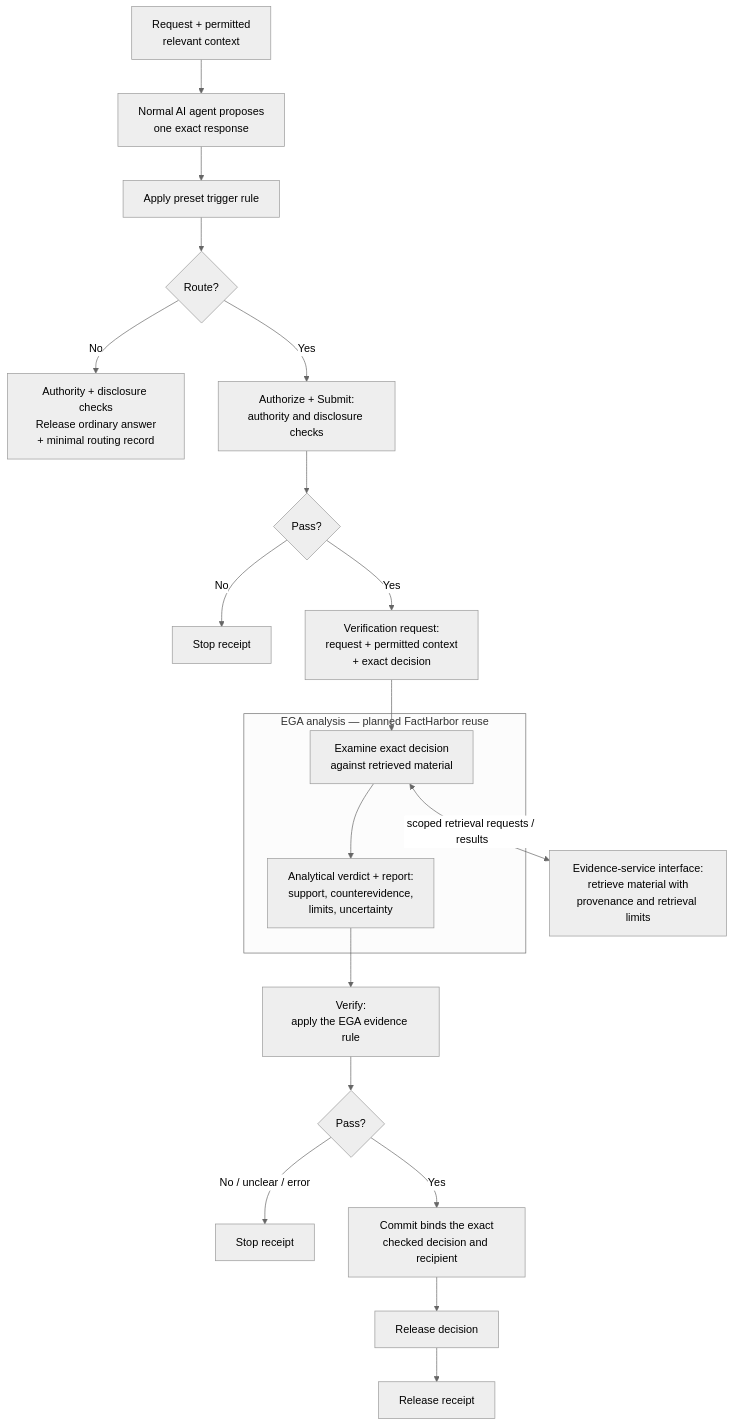
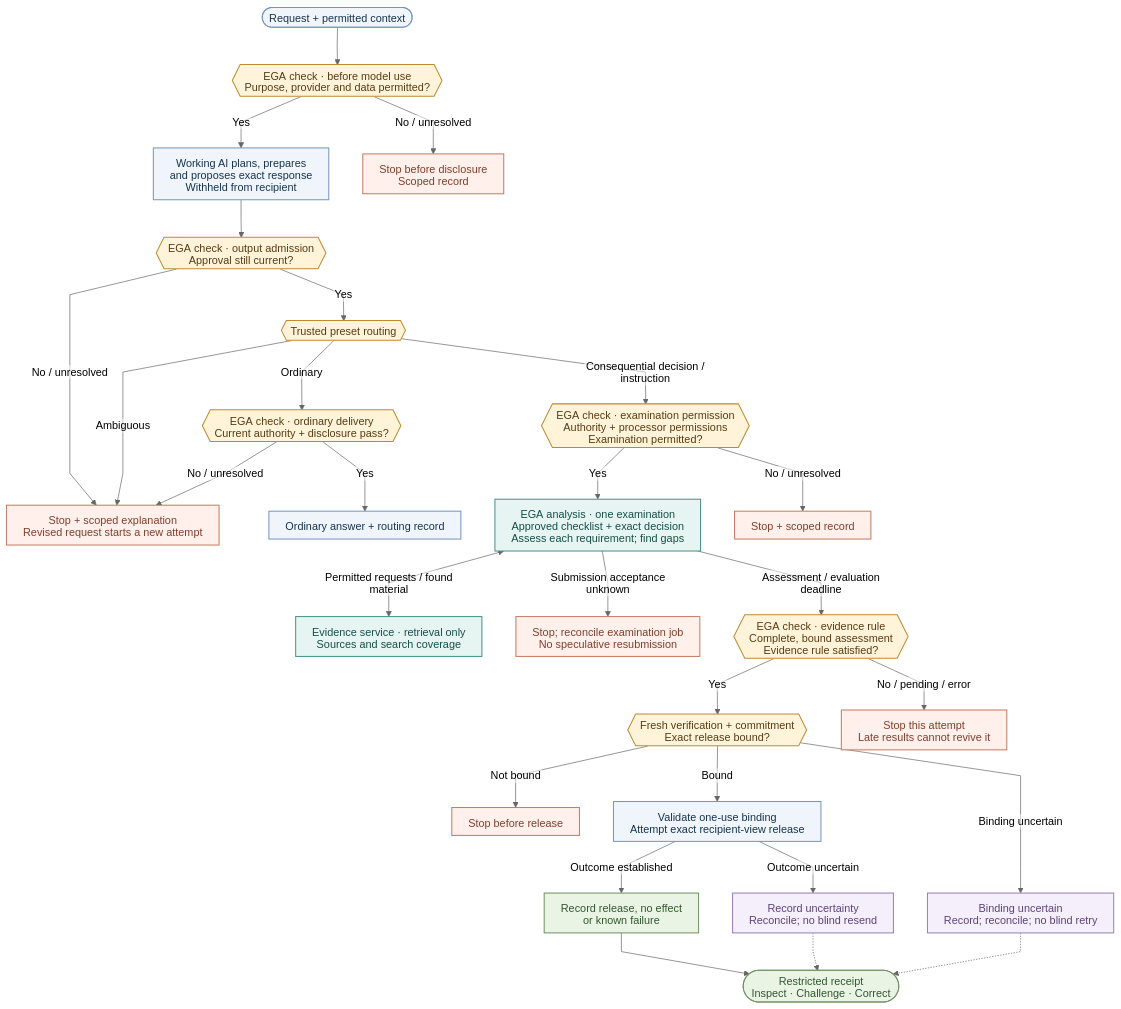
One commit to robertschaub/our-ai-charter changed the second of 2 diagrams in docs/Assurance/Concepts/evidence-gated-agents.md. Above: the diagram before and after it, drawn with Mermaid (neutral theme). The commit also changed other lines of this file and 13 other files, not shown here.

Commit message:
docs(ega): align recurring checks and republish article

````diff
--- a/docs/Assurance/Concepts/evidence-gated-agents.md
+++ b/docs/Assurance/Concepts/evidence-gated-agents.md
@@ -155,23 +179,42 @@
 ```mermaid
+%%{init: {"flowchart": {"curve": "linear", "nodeSpacing": 50, "rankSpacing": 55, "padding": 12, "wrappingWidth": 285}, "htmlLabels": false}}%%
 flowchart TD
-    U["Request + permitted<br/>relevant context"] --> A["Normal AI agent proposes<br/>one exact response"]
-    A --> T["Apply preset trigger rule"]
-    T --> R{"Route?"}
-    R -->|No| OA["Authority + disclosure checks<br/>Release ordinary answer<br/>+ minimal routing record"]
-    R -->|Yes| PRE["Authorize + Submit:<br/>authority and disclosure checks"]
-    PRE --> P{"Pass?"}
-    P -->|No| N1["Stop receipt"]
-    P -->|Yes| Q["Verification request:<br/>request + permitted context<br/>+ exact decision"]
-    ES["Evidence-service interface:<br/>retrieve material with<br/>provenance and retrieval limits"]
-    subgraph EA["EGA analysis — planned FactHarbor reuse"]
-        F["Examine exact decision<br/>against retrieved material"] --> FR["Analytical verdict + report:<br/>support, counterevidence,<br/>limits, uncertainty"]
-    end
-    Q --> F
-    F <-->|scoped retrieval requests / results| ES
-    FR --> V["Verify:<br/>apply the EGA evidence rule"]
-    V --> D{"Pass?"}
-    D -->|No / unclear / error| N2["Stop receipt"]
-    D -->|Yes| C["Commit binds the exact<br/>checked decision and recipient"]
-    C --> O["Release decision"]
-    O --> RR["Release receipt"]
+    U(["Request + permitted context"]) --> IN{{"EGA check · before model use<br/>Purpose, provider and data permitted?"}}
+    IN -->|Yes| A["Working AI plans, prepares<br/>and proposes exact response<br/>Withheld from recipient"]
+    IN -->|No / unresolved| S1["Stop before disclosure<br/>Scoped record"]
+    A --> AD{{"EGA check · output admission<br/>Approval still current?"}}
+    AD -->|No / unresolved| S2["Stop + scoped explanation<br/>Revised request starts a new attempt"]
+    AD -->|Yes| T{{"Trusted preset routing"}}
+    T -->|Ambiguous| S2
+    T -->|Ordinary| OC{{"EGA check · ordinary delivery<br/>Current authority + disclosure pass?"}}
+    OC -->|Yes| O["Ordinary answer + routing record"]
+    OC -->|No / unresolved| S2
+    T -->|Consequential decision / instruction| PRE{{"EGA check · examination permission<br/>Authority + processor permissions<br/>Examination permitted?"}}
+    PRE -->|Yes| EA["EGA analysis · one examination<br/>Approved checklist + exact decision<br/>Assess each requirement; find gaps"]
+    PRE -->|No / unresolved| S3["Stop + scoped record"]
+    EA <-->|Permitted requests / found material| ES["Evidence service · retrieval only<br/>Sources and search coverage"]
+    EA -->|Submission acceptance unknown| JX["Stop; reconcile examination job<br/>No speculative resubmission"]
+    EA -->|Assessment / evaluation deadline| V{{"EGA check · evidence rule<br/>Complete, bound assessment<br/>Evidence rule satisfied?"}}
+    V -->|Yes| C{{"Fresh verification + commitment<br/>Exact release bound?"}}
+    V -->|No / pending / error| S4["Stop this attempt<br/>Late results cannot revive it"]
+    C -->|Not bound| S5["Stop before release"]
+    C -->|Bound| E["Validate one-use binding<br/>Attempt exact recipient-view release"]
+    C -->|Binding uncertain| BX["Binding uncertain<br/>Record; reconcile; no blind retry"]
+    E -->|Outcome established| R["Record release, no effect<br/>or known failure"]
+    E -->|Outcome uncertain| X["Record uncertainty<br/>Reconcile; no blind resend"]
+    R --> I(["Restricted receipt<br/>Inspect · Challenge · Correct"])
+    X -.-> I
+    BX -.-> I
+    classDef process fill:#f0f5fc,stroke:#7895ba,color:#17344c,stroke-width:1.5px
+    classDef control fill:#fff4d9,stroke:#bf8a32,color:#573b14,stroke-width:1.5px
+    classDef evidence fill:#e6f5f2,stroke:#459389,color:#154e48,stroke-width:1.5px
+    classDef stop fill:#fff0eb,stroke:#c67b65,color:#803e2c,stroke-width:1.5px
+    classDef result fill:#eaf4e5,stroke:#739266,color:#31572e,stroke-width:1.5px
+    classDef uncertain fill:#f4effa,stroke:#9a81b5,color:#5d427b,stroke-width:1.5px
+    class U,A,O,E process
+    class IN,AD,T,OC,PRE,V,C control
+    class EA,ES evidence
+    class S1,S2,S3,S4,S5,JX stop
+    class R,I result
+    class X,BX uncertain
 ```
````
